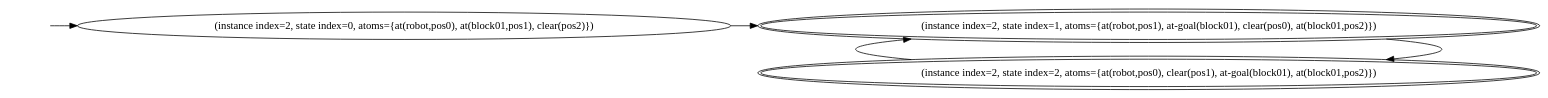
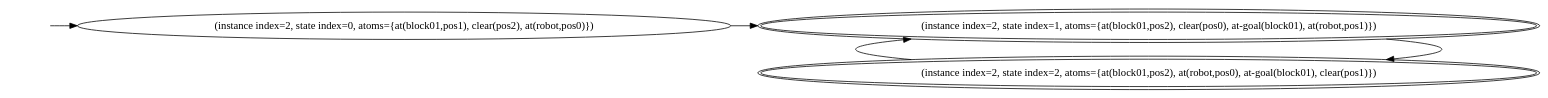
One commit to rakhmanu/sketch-learner-pymimir1 changed the diagram in workspace/problem_1_3_1.dot. Above: the diagram before and after it, drawn with Graphviz. The commit also changed 69 other files, not shown here.

```diff
--- a/workspace/problem_1_3_1.dot
+++ b/workspace/problem_1_3_1.dot
@@ -1,18 +1,18 @@
 digraph {
 rankdir="LR"
-s0[label="(instance index=2, state index=0, atoms={at(robot,pos0), at(block01,pos1), clear(pos2)})"]
-s1[peripheries=2,label="(instance index=2, state index=1, atoms={at(robot,pos1), at-goal(block01), clear(pos0), at(block01,pos2)})"]
-s2[peripheries=2,label="(instance index=2, state index=2, atoms={at(robot,pos0), clear(pos1), at-goal(block01), at(block01,pos2)})"]
+s0[label="(instance index=2, state index=0, atoms={at(block01,pos1), clear(pos2), at(robot,pos0)})"]
+s1[peripheries=2,label="(instance index=2, state index=1, atoms={at(block01,pos2), clear(pos0), at-goal(block01), at(robot,pos1)})"]
+s2[peripheries=2,label="(instance index=2, state index=2, atoms={at(block01,pos2), at(robot,pos0), at-goal(block01), clear(pos1)})"]
 Dangling [ label = "", style = invis ]
 { rank = same; Dangling }
 Dangling -> s0
 { rank = same; s0}
 { rank = same; s1,s2}
 {
 s0->s1
 }
 {
 s1->s2
 s2->s1
 }
 }
```
